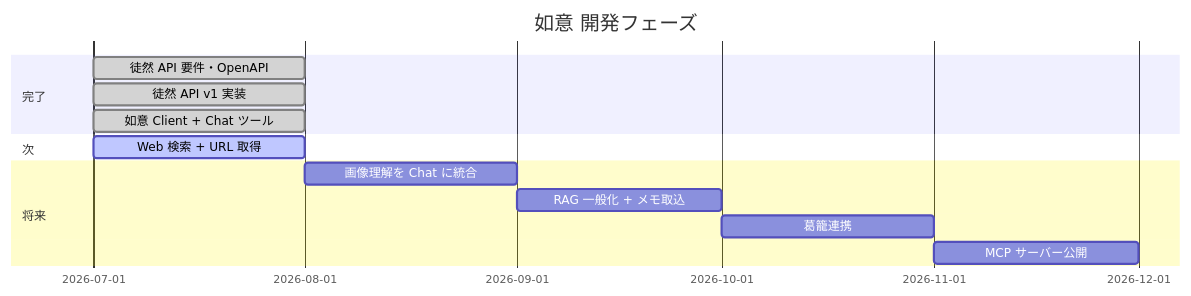
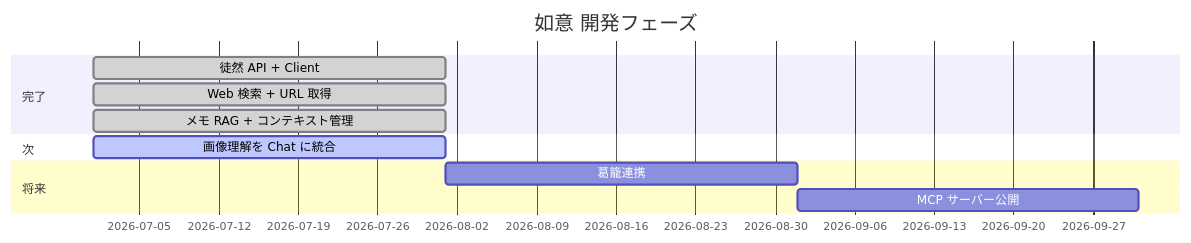
The second of 2 diagrams in docs/ecosystem-roadmap.md (KBMemo/nyoy), drawn with Mermaid before and after one commit. The commit also changed other lines of this file and 17 other files, not shown here.

````diff
--- a/docs/ecosystem-roadmap.md
+++ b/docs/ecosystem-roadmap.md
@@ -203,16 +211,14 @@
 ```mermaid
 gantt
   title 如意 開発フェーズ
   dateFormat YYYY-MM
   section 完了
-  徒然 API 要件・OpenAPI     :done, p0, 2026-07, 1M
-  徒然 API v1 実装            :done, p4a, 2026-07, 1M
-  如意 Client + Chat ツール   :done, p4b, 2026-07, 1M
+  徒然 API + Client           :done, p4, 2026-07, 1M
+  Web 検索 + URL 取得          :done, p1, 2026-07, 1M
+  メモ RAG + コンテキスト管理   :done, p3, 2026-07, 1M
   section 次
-  Web 検索 + URL 取得         :active, p1, 2026-07, 1M
+  画像理解を Chat に統合        :active, p2, 2026-07, 1M
   section 将来
-  画像理解を Chat に統合       :p2, after p1, 1M
-  RAG 一般化 + メモ取込        :p3, after p2, 1M
-  葛籠連携                    :p5, after p3, 1M
-  MCP サーバー公開            :p6, after p5, 1M
+  葛籠連携                     :p5, after p2, 1M
+  MCP サーバー公開             :p6, after p5, 1M
 ```
````
